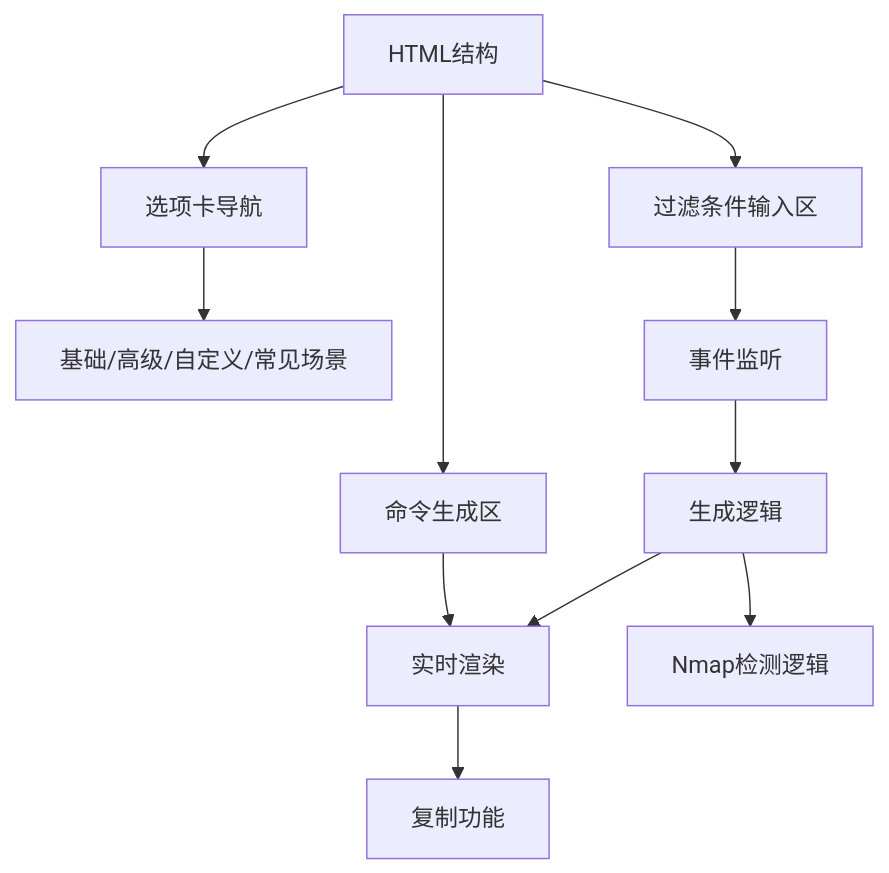
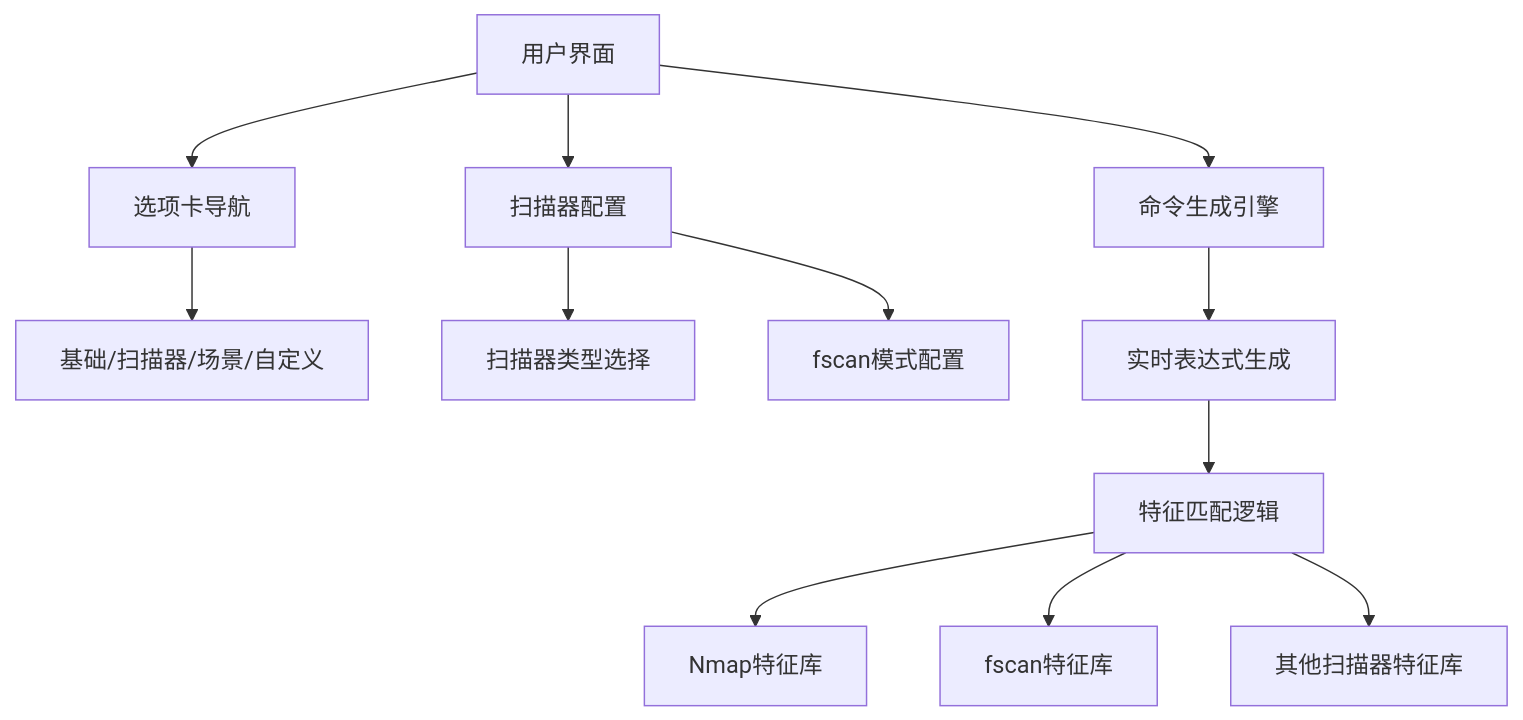
The fourth of 4 diagrams in README.md (Ouniel/WebSharkFilter), drawn with Mermaid before and after one commit. The commit also changed other lines of this file, not shown here.

````diff
--- a/README.md
+++ b/README.md
@@ -158,13 +141,14 @@
 ```mermaid
 graph TD
-    A[HTML结构] --> B[选项卡导航]
-    A --> C[过滤条件输入区]
-    A --> D[命令生成区]
-    B --> E[基础/高级/自定义/常见场景]
-    C --> F[事件监听]
-    D --> G[实时渲染]
-    F --> H[生成逻辑]
-    H --> G
-    G --> I[复制功能]
-    H --> J[Nmap检测逻辑]
+    A[用户界面] --> B[选项卡导航]
+    A --> C[扫描器配置]
+    A --> D[命令生成引擎]
+    B --> E[基础/扫描器/场景/自定义]
+    C --> F[扫描器类型选择]
+    C --> G[fscan模式配置]
+    D --> H[实时表达式生成]
+    H --> I[特征匹配逻辑]
+    I --> J[Nmap特征库]
+    I --> K[fscan特征库]
+    I --> L[其他扫描器特征库]
 ```
````
